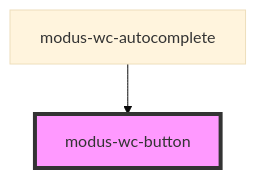
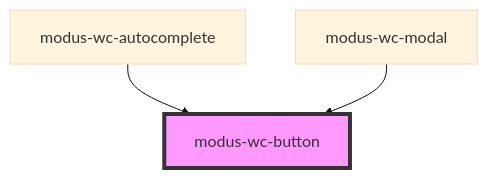
Before and after one commit to trimble-oss/modus-wc-2.0: the diagram in src/components/atoms/modus-wc-button/readme.md, drawn with Mermaid (base theme). The commit also changed other lines of this file and 6 other files, not shown here.

Commit message:
integrate modus-wc-button into modus-wc-modal and update documentation

````diff
--- a/src/components/atoms/modus-wc-button/readme.md
+++ b/src/components/atoms/modus-wc-button/readme.md
@@ -43,5 +44,6 @@
 ```mermaid
 graph TD;
   modus-wc-autocomplete --> modus-wc-button
+  modus-wc-modal --> modus-wc-button
   style modus-wc-button fill:#f9f,stroke:#333,stroke-width:4px
 ```
````
